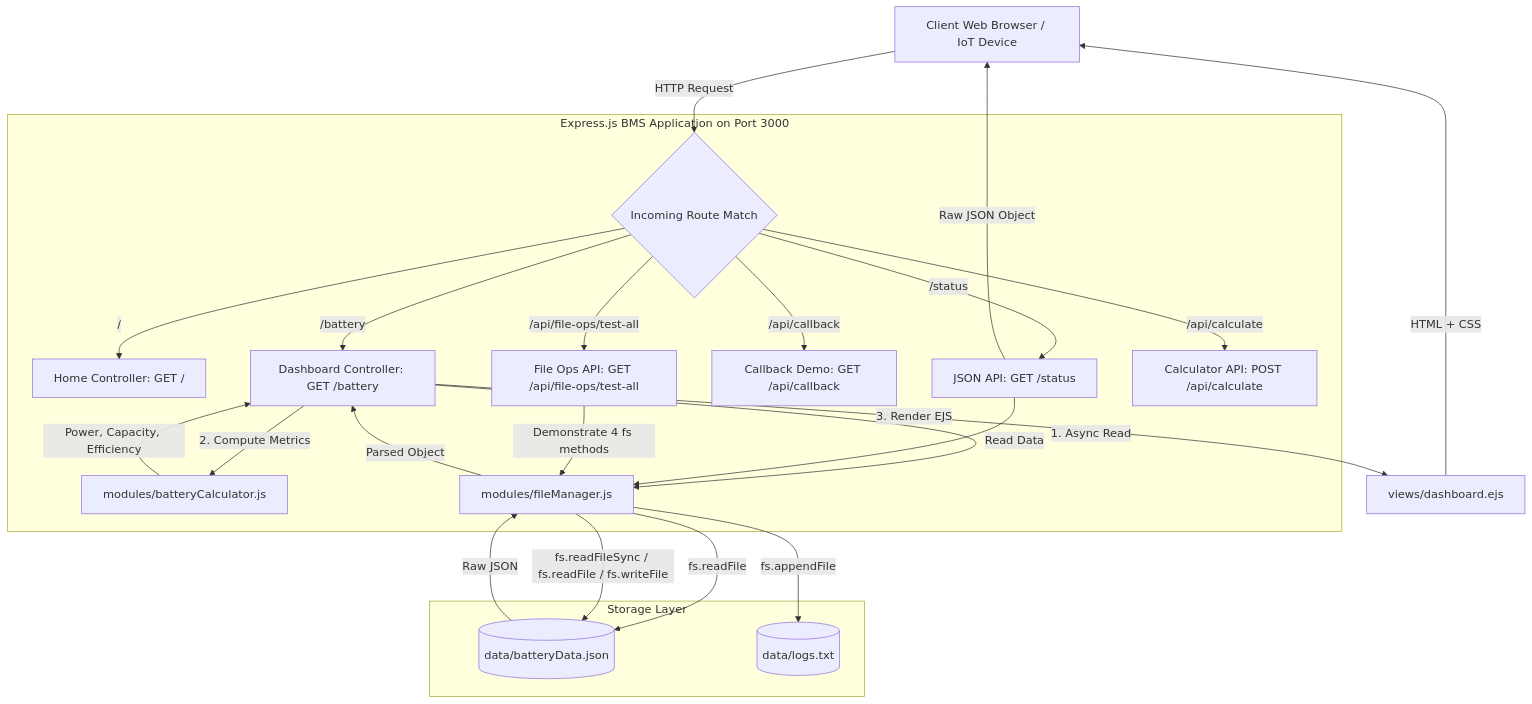
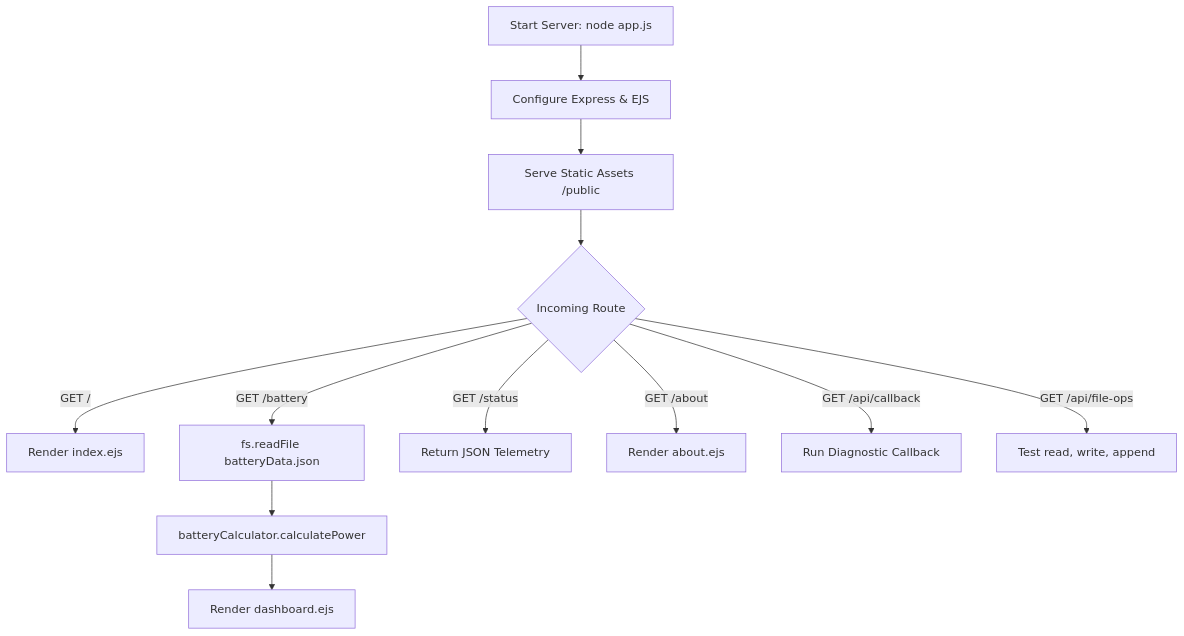
The diagram in BMS_LAB_MANUAL.md (aaryachandra82-hub/WPL-Battery-Management-System), drawn with Mermaid before and after one commit. The commit also changed other lines of this file, not shown here.

````diff
--- a/BMS_LAB_MANUAL.md
+++ b/BMS_LAB_MANUAL.md
@@ -141,46 +72,14 @@
 ```mermaid
 graph TD
-    Client[Client Web Browser / IoT Device]
-    
-    subgraph Express Application [Express.js BMS Application on Port 3000]
-        Router{Incoming Route Match}
-        HomeCtrl[Home Controller: GET /]
-        DashCtrl[Dashboard Controller: GET /battery]
-        StatusCtrl[JSON API: GET /status]
-        CallbackCtrl[Callback Demo: GET /api/callback]
-        FileOpsCtrl[File Ops API: GET /api/file-ops/test-all]
-        CalcCtrl[Calculator API: POST /api/calculate]
-        
-        CalcModule[modules/batteryCalculator.js]
-        FileModule[modules/fileManager.js]
-    end
-    
-    subgraph Persistence [Storage Layer]
-        DataJSON[(data/batteryData.json)]
-        LogsTxt[(data/logs.txt)]
-    end
-    
-    Client -->|HTTP Request| Router
-    Router -->|/| HomeCtrl
-    Router -->|/battery| DashCtrl
-    Router -->|/status| StatusCtrl
-    Router -->|/api/callback| CallbackCtrl
-    Router -->|/api/file-ops/test-all| FileOpsCtrl
-    Router -->|/api/calculate| CalcCtrl
-    
-    DashCtrl -->|1. Async Read| FileModule
-    FileModule -->|fs.readFile| DataJSON
-    DataJSON -->|Raw JSON| FileModule
-    FileModule -->|Parsed Object| DashCtrl
-    DashCtrl -->|2. Compute Metrics| CalcModule
-    CalcModule -->|Power, Capacity, Efficiency| DashCtrl
-    DashCtrl -->|3. Render EJS| Views[views/dashboard.ejs]
-    Views -->|HTML + CSS| Client
-    
-    StatusCtrl -->|Read Data| FileModule
-    StatusCtrl -->|Raw JSON Object| Client
-    
-    FileOpsCtrl -->|Demonstrate 4 fs methods| FileModule
-    FileModule -->|fs.readFileSync / fs.readFile / fs.writeFile| DataJSON
-    FileModule -->|fs.appendFile| LogsTxt
+    A[Start Server: node app.js] --> B[Configure Express & EJS]
+    B --> C[Serve Static Assets /public]
+    C --> D{Incoming Route}
+    D -->|GET /| E[Render index.ejs]
+    D -->|GET /battery| F[fs.readFile batteryData.json]
+    F --> G[batteryCalculator.calculatePower]
+    G --> H[Render dashboard.ejs]
+    D -->|GET /status| I[Return JSON Telemetry]
+    D -->|GET /about| J[Render about.ejs]
+    D -->|GET /api/callback| K[Run Diagnostic Callback]
+    D -->|GET /api/file-ops| L[Test read, write, append]
 ```
````
